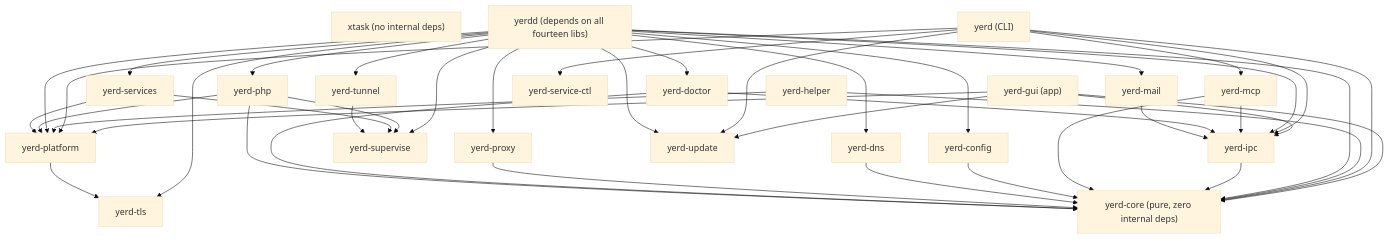
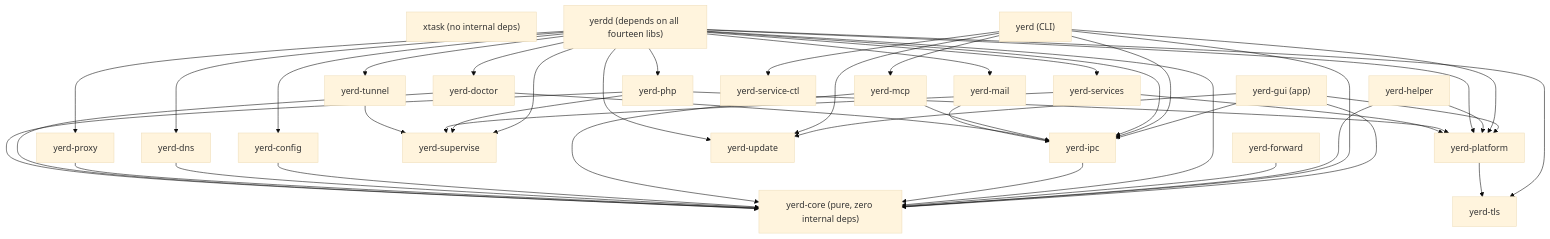
Before and after one commit to forjedio/yerd: the diagram in docs/developer/crates.md, drawn with Mermaid (base theme). The commit also changed other lines of this file and 72 other files, not shown here.

````diff
--- a/docs/developer/crates.md
+++ b/docs/developer/crates.md
@@ -88,72 +89,75 @@
 ```mermaid
 flowchart TD
     gui["yerd-gui (app)"]
     xtask["xtask (no internal deps)"]
     yerd["yerd (CLI)"]
     yerdd["yerdd (depends on all fourteen libs)"]
     helper["yerd-helper"]
+    forward["yerd-forward"]
 
     ipc["yerd-ipc"]
     config["yerd-config"]
     dns["yerd-dns"]
     proxy["yerd-proxy"]
     php["yerd-php"]
     services["yerd-services"]
     supervise["yerd-supervise"]
     doctor["yerd-doctor"]
     tls["yerd-tls"]
     platform["yerd-platform"]
     mail["yerd-mail"]
     mcp["yerd-mcp"]
     tunnel["yerd-tunnel"]
     update["yerd-update"]
     servicectl["yerd-service-ctl"]
     core["yerd-core (pure, zero internal deps)"]
 
     gui --> core
     gui --> ipc
     gui --> platform
     gui --> update
 
     yerd --> core
     yerd --> ipc
     yerd --> platform
     yerd --> update
     yerd --> servicectl
     yerd --> mcp
 
     helper --> core
     helper --> platform
 
+    forward --> core
+
     yerdd --> core
     yerdd --> config
     yerdd --> ipc
     yerdd --> tls
     yerdd --> platform
     yerdd --> dns
     yerdd --> php
     yerdd --> services
     yerdd --> supervise
     yerdd --> proxy
     yerdd --> doctor
     yerdd --> mail
     yerdd --> tunnel
     yerdd --> update
 
     ipc --> core
     mcp --> ipc
     mcp --> core
     config --> core
     dns --> core
     proxy --> core
     doctor --> core
     doctor --> ipc
     mail --> ipc
     php --> core
     php --> platform
     php --> supervise
     services --> platform
     services --> supervise
     tunnel --> supervise
     platform --> tls
 ```
````
